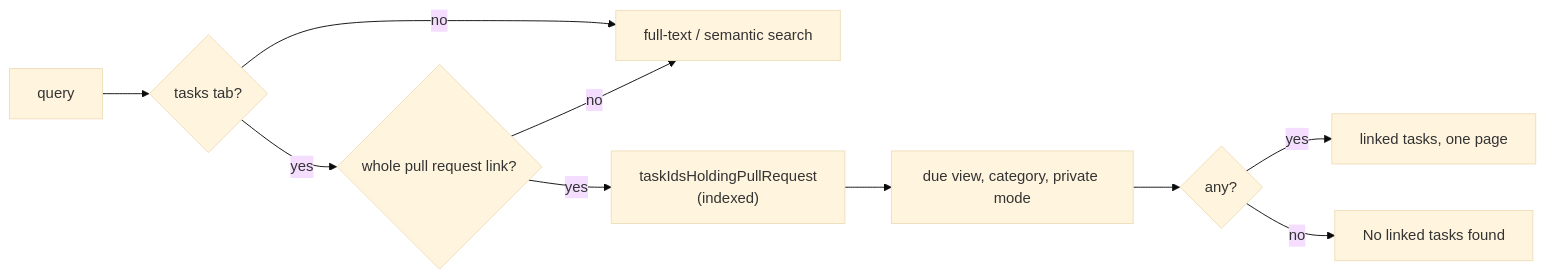
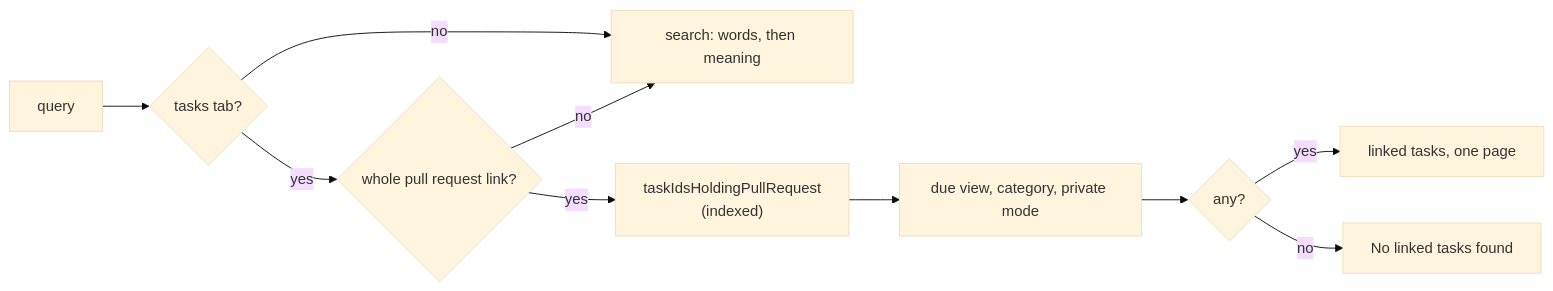
One commit to matthiasn/lotti changed the second of 4 diagrams in knowledge/features/journal/browse-and-linking.md. Above: the diagram before and after it, drawn with Mermaid (base theme). The commit also changed other lines of this file and 74 other files, not shown here.

Commit message:
feat(search): one search lists the word matches, then what is related by meaning (#4897)

````diff
--- a/knowledge/features/journal/browse-and-linking.md
+++ b/knowledge/features/journal/browse-and-linking.md
@@ -137,12 +166,12 @@
 ```mermaid
 flowchart LR
   Q["query"] --> Tab{"tasks tab?"}
-  Tab -->|"no"| Text["full-text / semantic search"]
+  Tab -->|"no"| Text["search: words, then meaning"]
   Tab -->|"yes"| Link{"whole pull request link?"}
   Link -->|"no"| Text
   Link -->|"yes"| Holders["taskIdsHoldingPullRequest<br/>(indexed)"]
   Holders --> Scope["due view, category, private mode"]
   Scope --> Some{"any?"}
   Some -->|"yes"| List["linked tasks, one page"]
   Some -->|"no"| Empty["No linked tasks found"]
 ```
````
